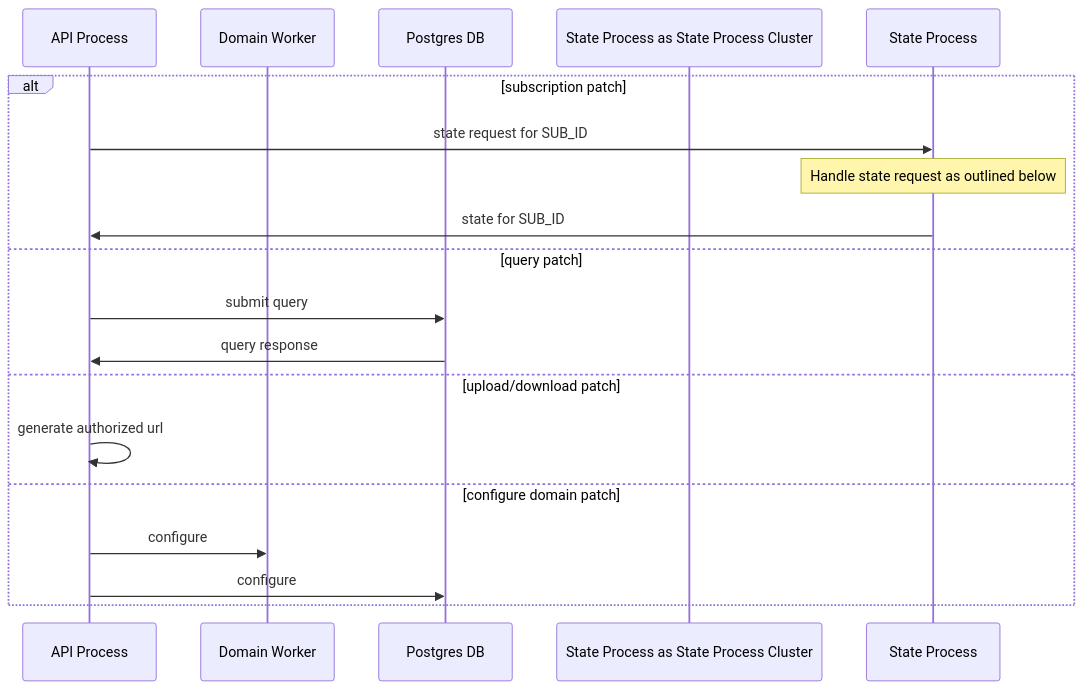
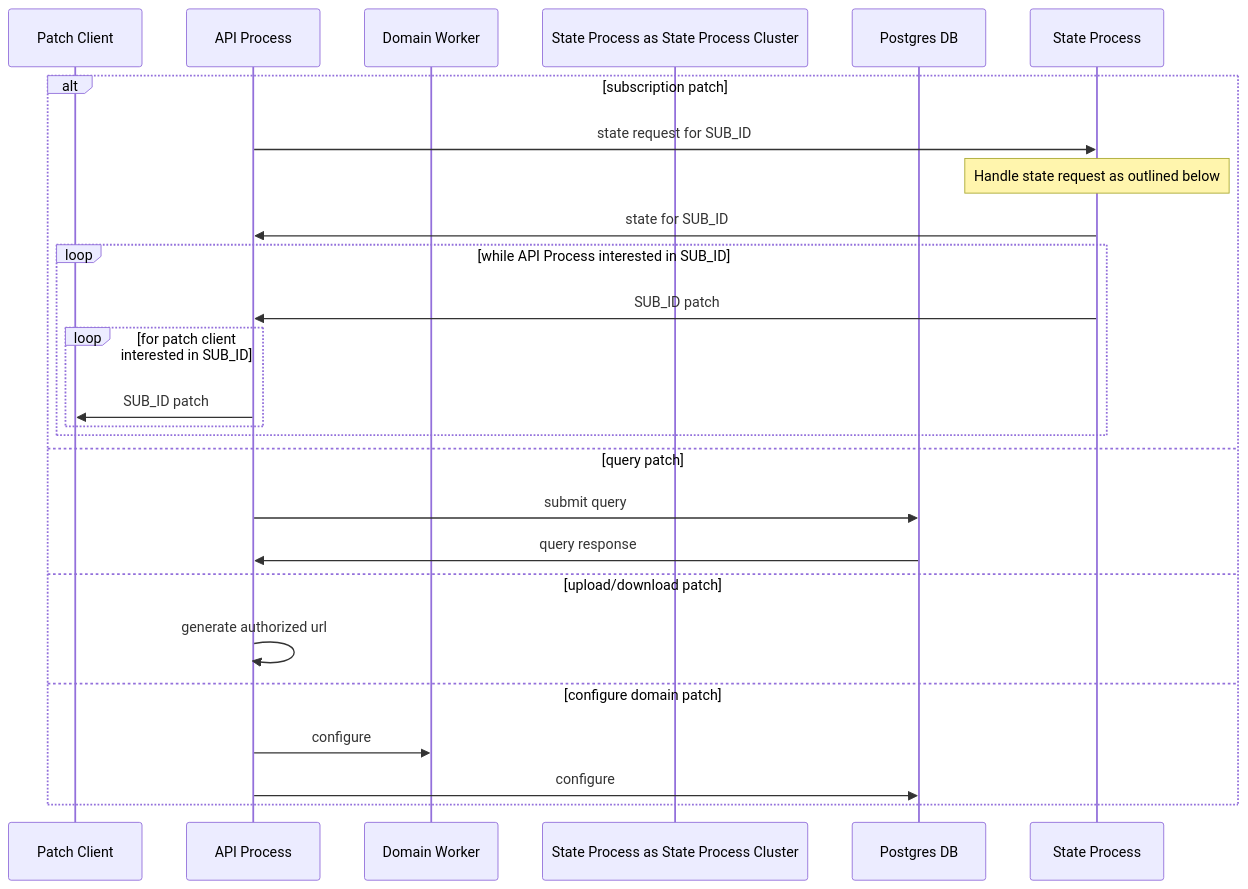
The second of 2 diagrams in README.md (knowlearning/platform), drawn with Mermaid before and after one commit. The commit also changed other lines of this file, not shown here.

Commit message:
Move side effect loop

````diff
--- a/README.md
+++ b/README.md
@@ -72,21 +68,28 @@
 ```mermaid
 sequenceDiagram
+  participant Patch Client
   participant API Process
   participant Domain Worker
+  participant State Process as State Process Cluster
   participant Postgres DB
-  participant State Process as State Process Cluster
 
   alt subscription patch
     API Process ->> State Process: state request for SUB_ID
     Note over State Process: Handle state request as outlined below
     State Process ->> API Process: state for SUB_ID
+    loop while API Process interested in SUB_ID
+      State Process ->> API Process: SUB_ID patch
+      loop for patch client interested in SUB_ID
+        API Process ->> Patch Client: SUB_ID patch
+      end
+    end
   else query patch
     API Process ->> Postgres DB: submit query
     Postgres DB ->> API Process: query response
   else upload/download patch
     API Process ->> API Process: generate authorized url
   else configure domain patch
     API Process ->> Domain Worker: configure
     API Process ->> Postgres DB: configure
   end
 ```
````
